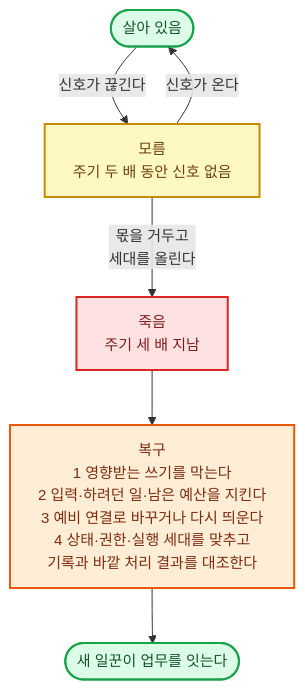
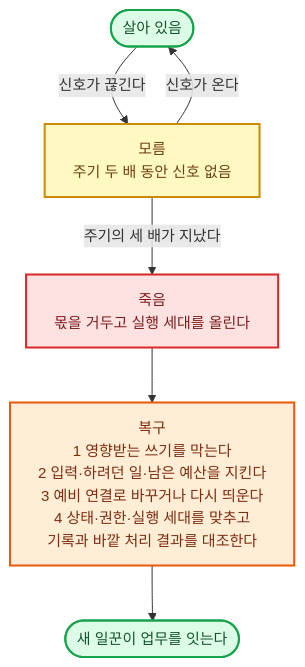
The third of 26 diagrams in 전문가 에이전트 정의 2.md (harisbaguette/expert), drawn with Mermaid before and after one commit. The commit also changed other lines of this file and 1 other file, not shown here.

````diff
--- a/전문가 에이전트 정의 2.md
+++ b/전문가 에이전트 정의 2.md
@@ -341,17 +362,17 @@
 ```mermaid
 %%{init: {"flowchart": {"wrappingWidth": 640, "curve": "basis", "nodeSpacing": 45, "rankSpacing": 55, "padding": 14, "useMaxWidth": true}, "themeVariables": {"fontSize": "15px"}} }%%
 flowchart TB
     A(["살아 있음"]):::good
     U["모름<br/>주기 두 배 동안 신호 없음"]:::note
-    D["죽음<br/>주기 세 배 지남"]:::stop
+    D["죽음<br/>몫을 거두고 실행 세대를 올린다"]:::stop
     R["복구<br/>1 영향받는 쓰기를 막는다<br/>2 입력·하려던 일·남은 예산을 지킨다<br/>3 예비 연결로 바꾸거나 다시 띄운다<br/>4 상태·권한·실행 세대를 맞추고<br/>기록과 바깥 처리 결과를 대조한다"]:::back
     N(["새 일꾼이 업무를 잇는다"]):::good
     A -- "신호가 끊긴다" --> U
     U -- "신호가 온다" --> A
-    U -- "몫을 거두고<br/>세대를 올린다" --> D
+    U -- "주기의 세 배가 지났다" --> D
     D --> R --> N
     classDef good fill:#dcfce7,stroke:#16a34a,stroke-width:2px,color:#14532d
     classDef note fill:#fef9c3,stroke:#ca8a04,stroke-width:2px,color:#713f12
     classDef stop fill:#fee2e2,stroke:#dc2626,stroke-width:2px,color:#7f1d1d
     classDef back fill:#ffedd5,stroke:#ea580c,stroke-width:2px,color:#7c2d12
 ```
````
